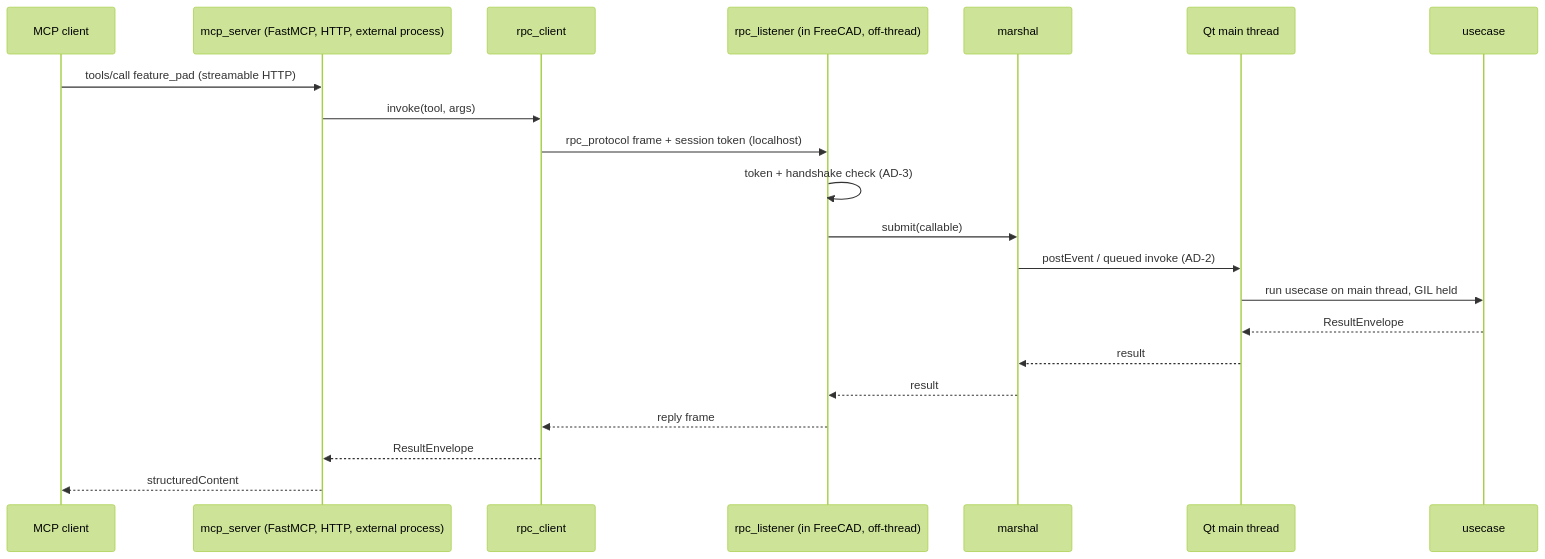
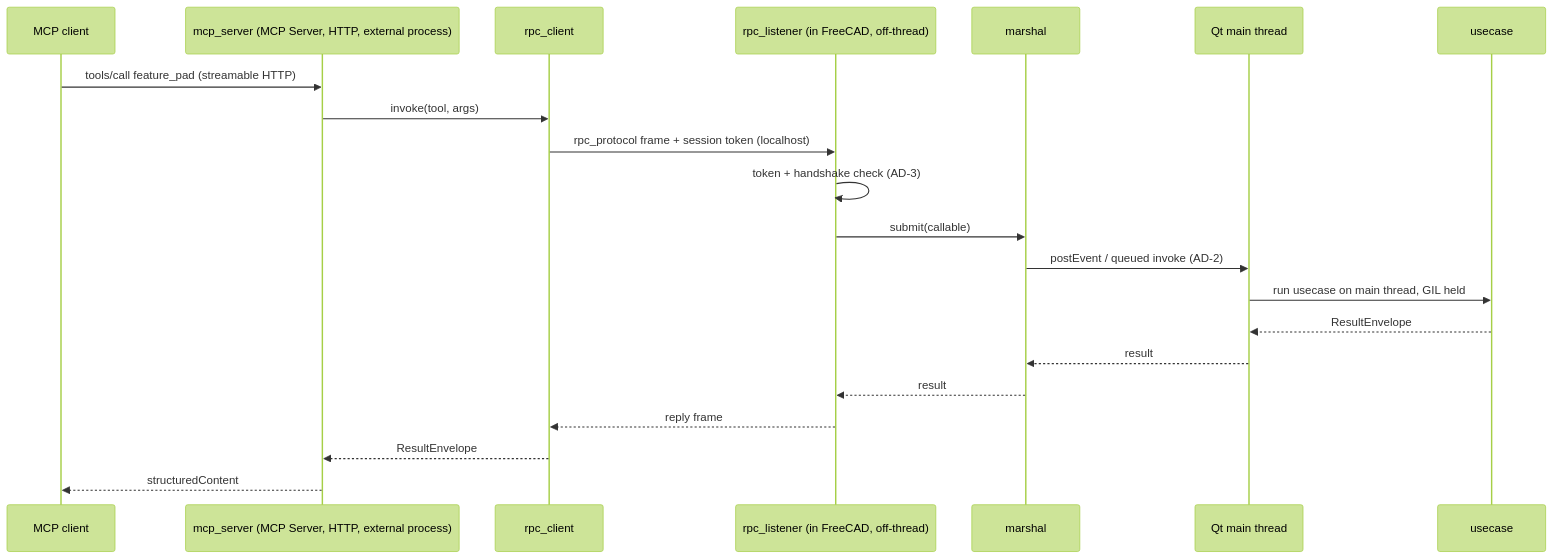
Before and after one commit to robotics-playground/freecad-buddy: the second of 3 diagrams in _bmad-output/planning-artifacts/architecture/architecture-freecad-buddy-2026-07-21/design/component-design.md, drawn with Mermaid (forest theme). The commit also changed other lines of this file and 37 other files, not shown here.

````diff
--- a/_bmad-output/planning-artifacts/architecture/architecture-freecad-buddy-2026-07-21/design/component-design.md
+++ b/_bmad-output/planning-artifacts/architecture/architecture-freecad-buddy-2026-07-21/design/component-design.md
@@ -121,23 +122,23 @@
 ```mermaid
 sequenceDiagram
     participant C as MCP client
-    participant S as mcp_server (FastMCP, HTTP, external process)
+    participant S as mcp_server (MCP Server, HTTP, external process)
     participant RC as rpc_client
     participant L as rpc_listener (in FreeCAD, off-thread)
     participant M as marshal
     participant Q as Qt main thread
     participant U as usecase
     C->>S: tools/call feature_pad (streamable HTTP)
     S->>RC: invoke(tool, args)
     RC->>L: rpc_protocol frame + session token (localhost)
     L->>L: token + handshake check (AD-3)
     L->>M: submit(callable)
     M->>Q: postEvent / queued invoke (AD-2)
     Q->>U: run usecase on main thread, GIL held
     U-->>Q: ResultEnvelope
     Q-->>M: result
     M-->>L: result
     L-->>RC: reply frame
     RC-->>S: ResultEnvelope
     S-->>C: structuredContent
 ```
````
